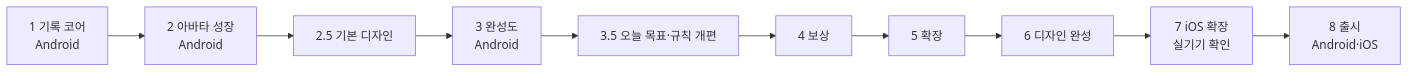
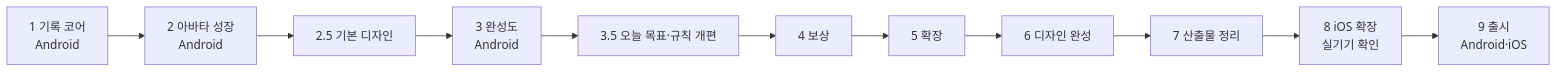
The diagram in docs/roadmap.md (dhkim1522/runmagochi), drawn with Mermaid before and after one commit. The commit also changed other lines of this file and 9 other files, not shown here.

````diff
--- a/docs/roadmap.md
+++ b/docs/roadmap.md
@@ -13,12 +13,13 @@
 ```mermaid
 flowchart LR
     P1["1 기록 코어<br/>Android"] --> P2["2 아바타 성장<br/>Android"]
     P2 --> P25["2.5 기본 디자인"]
     P25 --> P3["3 완성도<br/>Android"]
     P3 --> P35["3.5 오늘 목표·규칙 개편"]
     P35 --> P4["4 보상"]
     P4 --> P5["5 확장"]
     P5 --> P6["6 디자인 완성"]
-    P6 --> P7["7 iOS 확장<br/>실기기 확인"]
-    P7 --> P8["8 출시<br/>Android·iOS"]
+    P6 --> P7["7 산출물 정리"]
+    P7 --> P8["8 iOS 확장<br/>실기기 확인"]
+    P8 --> P9["9 출시<br/>Android·iOS"]
 ```
````
